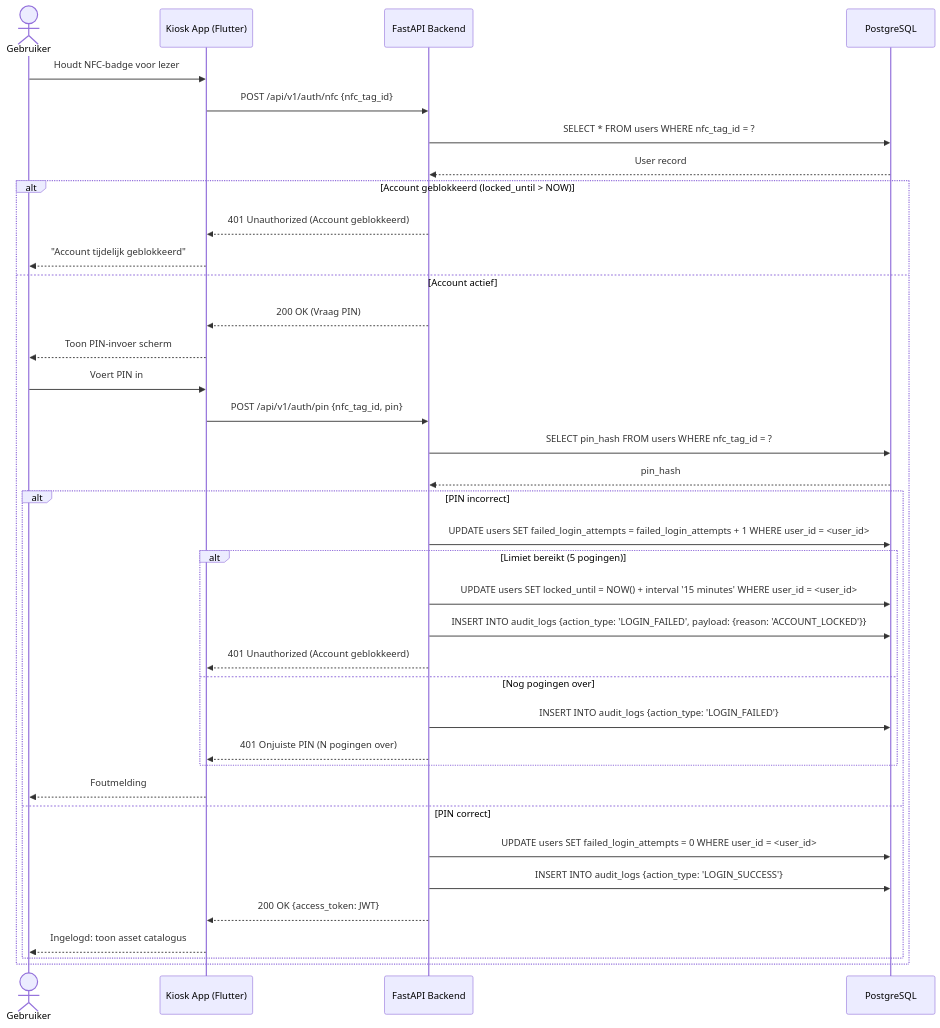
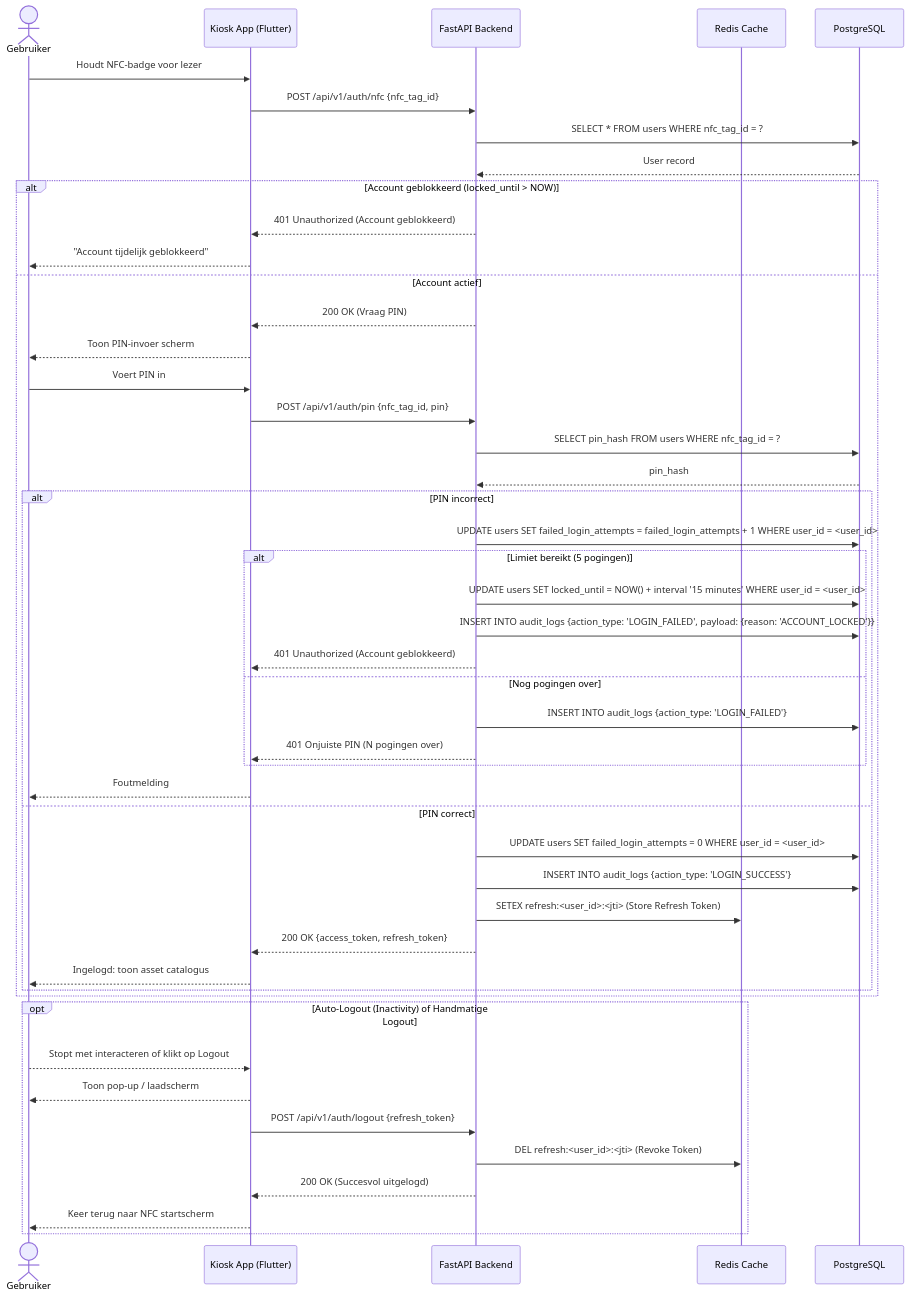
Before and after one commit to easylend-practice-enterprise/easylend: the diagram in docs/diagrams/sequence_auth.mmd, drawn with Mermaid. The commit also changed 3 other files, not shown here.

Commit message:
feat(auth): ELP-24 ELP-25 implement refresh tokens, redis state and logout endpoint

```diff
--- a/docs/diagrams/sequence_auth.mmd
+++ b/docs/diagrams/sequence_auth.mmd
@@ -1,40 +1,51 @@
 sequenceDiagram
     actor User as Gebruiker
     participant App as Kiosk App (Flutter)
     participant API as FastAPI Backend
+    participant Redis as Redis Cache
     participant DB as PostgreSQL
 
     User->>App: Houdt NFC-badge voor lezer
     App->>API: POST /api/v1/auth/nfc {nfc_tag_id}
     API->>DB: SELECT * FROM users WHERE nfc_tag_id = ?
     DB-->>API: User record
 
     alt Account geblokkeerd (locked_until > NOW)
         API-->>App: 401 Unauthorized (Account geblokkeerd)
         App-->>User: "Account tijdelijk geblokkeerd"
     else Account actief
         API-->>App: 200 OK (Vraag PIN)
         App-->>User: Toon PIN-invoer scherm
         User->>App: Voert PIN in
         App->>API: POST /api/v1/auth/pin {nfc_tag_id, pin}
         API->>DB: SELECT pin_hash FROM users WHERE nfc_tag_id = ?
         DB-->>API: pin_hash
 
         alt PIN incorrect
             API->>DB: UPDATE users SET failed_login_attempts = failed_login_attempts + 1 WHERE user_id = <user_id>
             alt Limiet bereikt (5 pogingen)
                 API->>DB: UPDATE users SET locked_until = NOW() + interval '15 minutes' WHERE user_id = <user_id>
                 API->>DB: INSERT INTO audit_logs {action_type: 'LOGIN_FAILED', payload: {reason: 'ACCOUNT_LOCKED'}}
                 API-->>App: 401 Unauthorized (Account geblokkeerd)
             else Nog pogingen over
                 API->>DB: INSERT INTO audit_logs {action_type: 'LOGIN_FAILED'}
                 API-->>App: 401 Onjuiste PIN (N pogingen over)
             end
             App-->>User: Foutmelding
         else PIN correct
             API->>DB: UPDATE users SET failed_login_attempts = 0 WHERE user_id = <user_id>
             API->>DB: INSERT INTO audit_logs {action_type: 'LOGIN_SUCCESS'}
-            API-->>App: 200 OK {access_token: JWT}
+            API->>Redis: SETEX refresh:<user_id>:<jti> (Store Refresh Token)
+            API-->>App: 200 OK {access_token, refresh_token}
             App-->>User: Ingelogd: toon asset catalogus
         end
     end
+
+    opt Auto-Logout (Inactivity) of Handmatige Logout
+        User-->>App: Stopt met interacteren of klikt op Logout
+        App-->>User: Toon pop-up / laadscherm
+        App->>API: POST /api/v1/auth/logout {refresh_token}
+        API->>Redis: DEL refresh:<user_id>:<jti> (Revoke Token)
+        API-->>App: 200 OK (Succesvol uitgelogd)
+        App-->>User: Keer terug naar NFC startscherm
+    end
```
